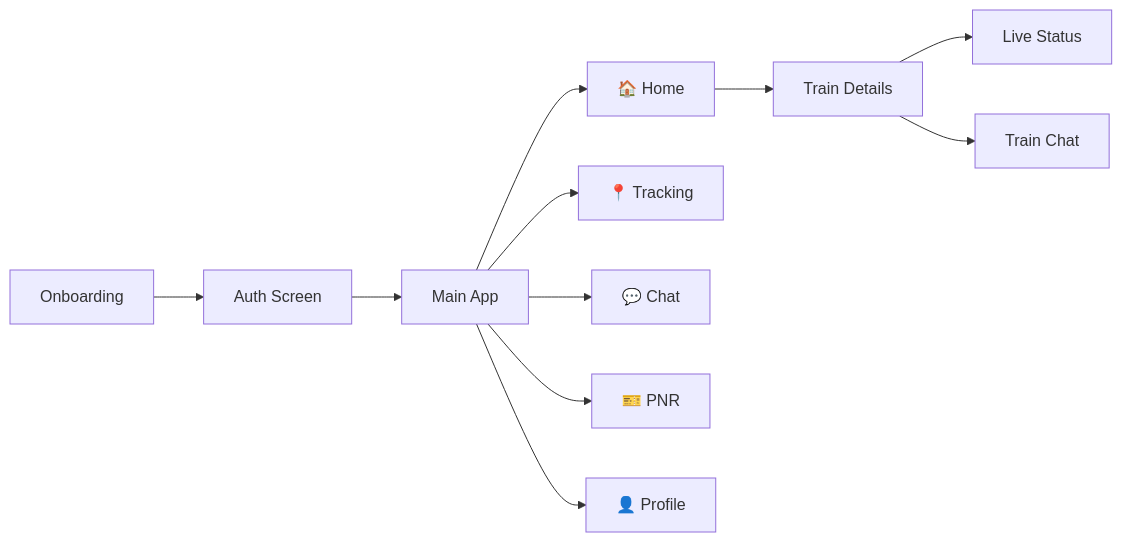
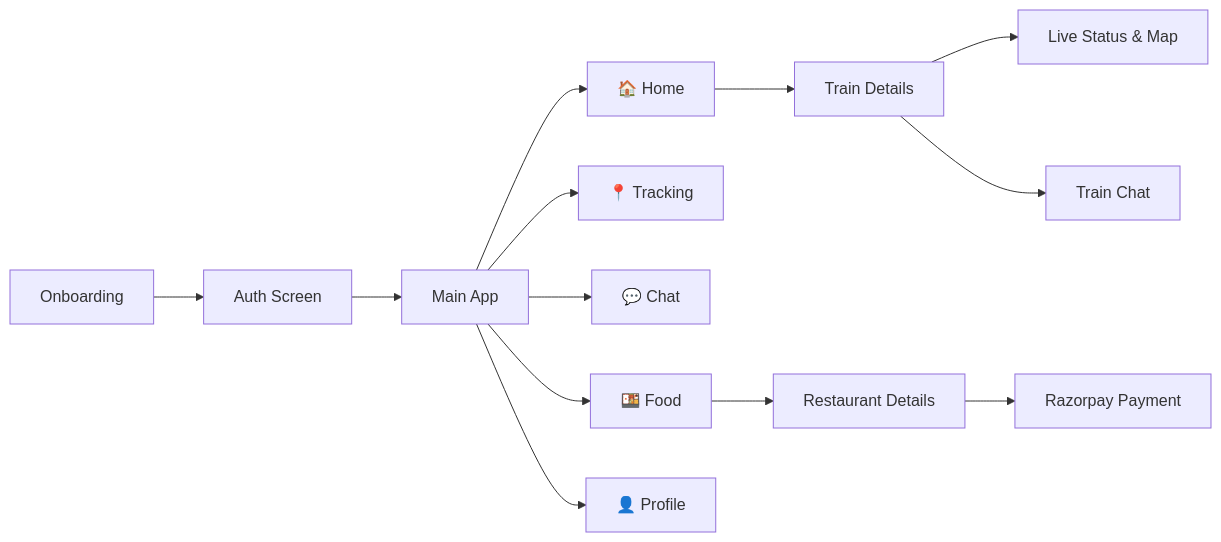
The diagram in README.md (Praful2604/Rail-Live), drawn with Mermaid before and after one commit. The commit also changed other lines of this file, not shown here.

````diff
--- a/README.md
+++ b/README.md
@@ -72,13 +72,15 @@
 ```mermaid
 flowchart LR
     A[Onboarding] --> B[Auth Screen]
     B --> C[Main App]
     C --> D[🏠 Home]
     C --> E[📍 Tracking]
     C --> F[💬 Chat]
-    C --> G[🎫 PNR]
+    C --> G[🍱 Food]
     C --> H[👤 Profile]
     D --> I[Train Details]
-    I --> J[Live Status]
+    I --> J[Live Status & Map]
     I --> K[Train Chat]
+    G --> L[Restaurant Details]
+    L --> M[Razorpay Payment]
 ```
````
